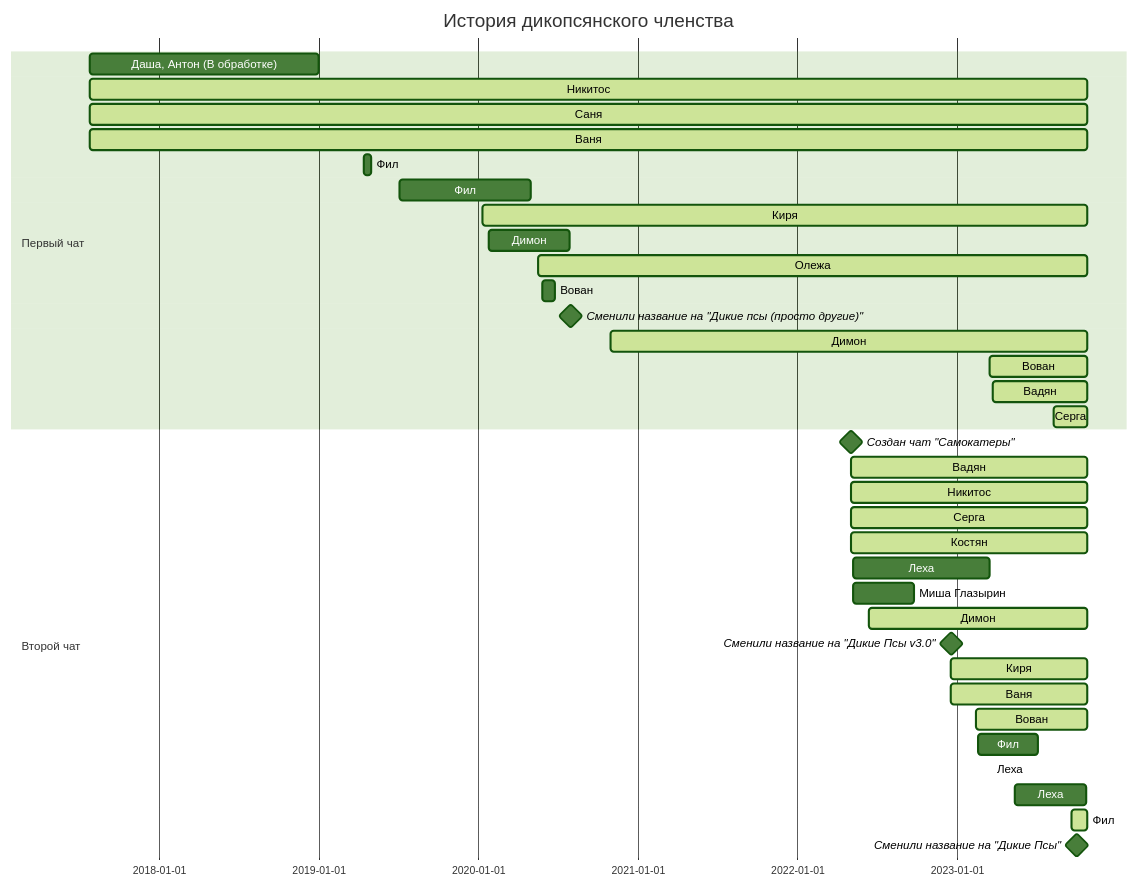
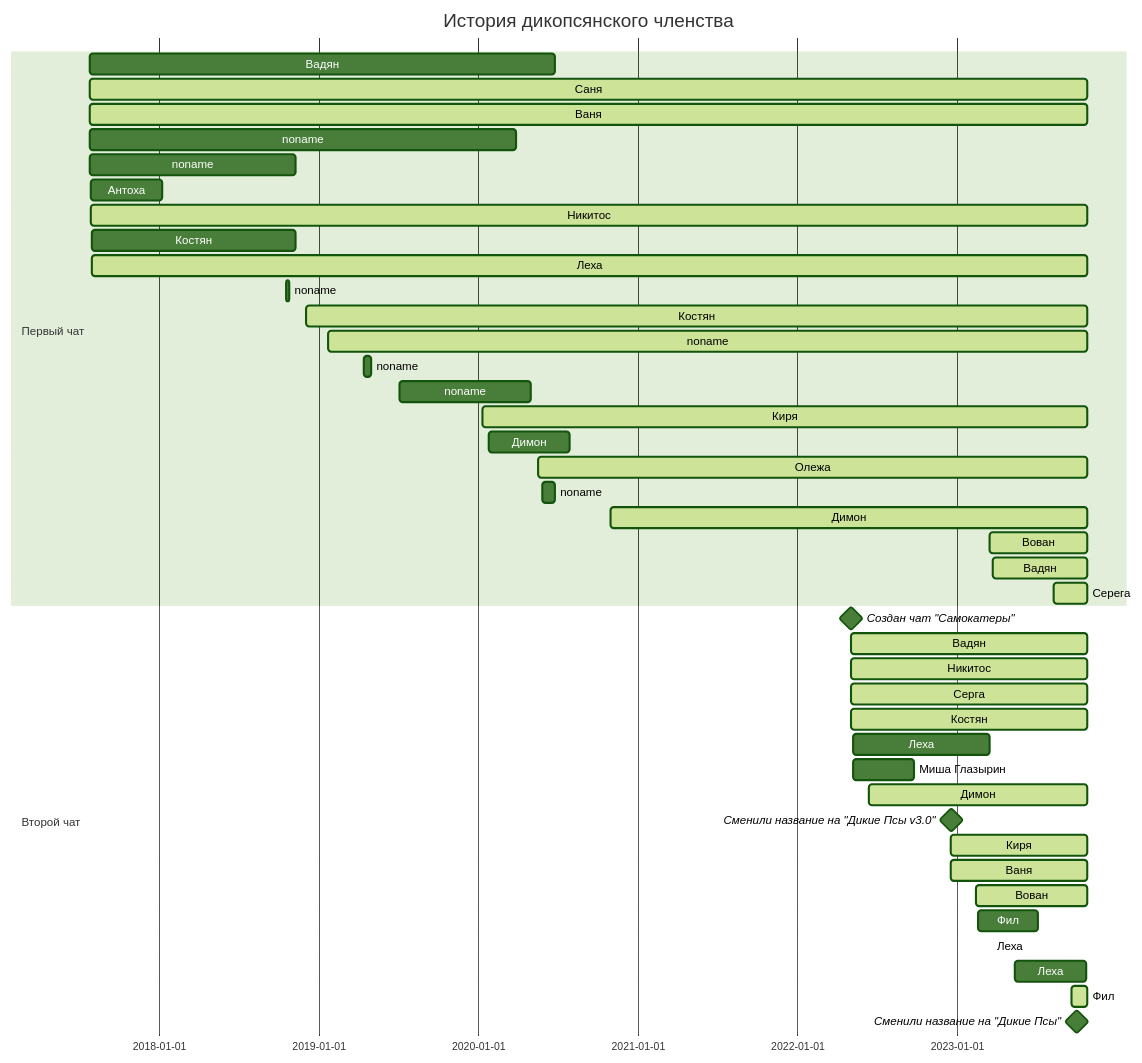
The diagram in docs/members.md (rinc24/wdgs), drawn with Mermaid (forest theme) before and after one commit. The commit also changed 1 other file, not shown here.

````diff
--- a/docs/members.md
+++ b/docs/members.md
@@ -21,43 +21,49 @@
 ```mermaid
 gantt
     dateFormat  YYYY-MM-DD
     title       История дикопсянского членства
 
     section Первый чат
-    Даша, Антон (В обработке) :  , 2017-07-27, 2019-01-01
-    Никитос:active, 2017-07-27, 2023-10-26
-    Саня   :active, 2017-07-27, 2023-10-26
-    Ваня   :active, 2017-07-27, 2023-10-26
-    Фил    :      , 2019-04-15, 2019-05-01
-    Фил    :      , 2019-07-05, 2020-05-01
-    Киря   :active, 2020-01-11, 2023-10-26
-    Димон  :      , 2020-01-25, 2020-07-28
-    Олежа  :active, 2020-05-17, 2023-10-26
-    Вован  :      , 2020-05-27, 2020-06-24
-    Сменили название на "Дикие псы (просто другие)" : milestone, m2, 2020-07-31, 1d
-    Димон  :active, 2020-10-31, 2023-10-26
-    Вован  :active, 2023-03-17, 2023-10-26
-    Вадян  :active, 2023-03-25, 2023-10-26
-    Серга  :active, 2023-08-09, 2023-10-26
-
+     Вадян                :      , 2017-07-27, 2020-06-24
+    Саня           :active, 2017-07-27, 2023-10-26
+    Ваня                       :active, 2017-07-27, 2023-10-26
+    noname                                   :      , 2017-07-27, 2020-03-28
+    noname                                   :      , 2017-07-28, 2018-11-11
+    Антоха                          :      , 2017-07-30, 2018-01-08
+    Никитос                  :active, 2017-07-30, 2023-10-26
+    Костян                          :      , 2017-08-01, 2018-11-11
+    Леха                       :active, 2017-08-01, 2023-10-26
+    noname                                   :      , 2018-10-20, 2018-10-27
+    Костян                          :active, 2018-12-03, 2023-10-26
+    noname                                   :active, 2019-01-24, 2023-10-26
+    noname                                   :      , 2019-04-15, 2019-05-01
+    noname                                   :      , 2019-07-05, 2020-05-01
+    Киря                            :active, 2020-01-11, 2023-10-26
+    Димон                         :      , 2020-01-25, 2020-07-28
+    Олежа                        :active, 2020-05-17, 2023-10-26
+    noname                                   :      , 2020-05-27, 2020-06-24
+    Димон                         :active, 2020-10-31, 2023-10-26
+    Вован               :active, 2023-03-17, 2023-10-26
+    Вадян                :active, 2023-03-25, 2023-10-26
+    Серега                :active, 2023-08-09, 2023-10-26
 
 
     section Второй чат
     Создан чат "Самокатеры" : milestone, m1, 2022-05-03, 1d
     Вадян         :active, 2022-05-03, 2023-10-26
     Никитос       :active, 2022-05-03, 2023-10-26
     Серга         :active, 2022-05-03, 2023-10-26
     Костян        :active, 2022-05-03, 2023-10-26
     Леха          :      , 2022-05-09, 2023-03-16
     Миша Глазырин :      , 2022-05-09, 2022-09-25
     Димон         :active, 2022-06-14, 2023-10-26
     Сменили название на "Дикие Псы v3.0" : milestone, m2, 2022-12-18, 1d
     Киря          :active, 2022-12-18, 2023-10-26
     Ваня          :active, 2022-12-18, 2023-10-26
     Вован         :active, 2023-02-13, 2023-10-26
     Фил           :      , 2023-02-18, 2023-07-04
     Леха          :      , 2023-03-21, 2023-03-22
     Леха          :      , 2023-05-13, 2023-10-23
     Фил           :active, 2023-09-20, 2023-10-26
     Сменили название на "Дикие Псы" : milestone, m3, 2023-10-01, 1d
 ```
````
